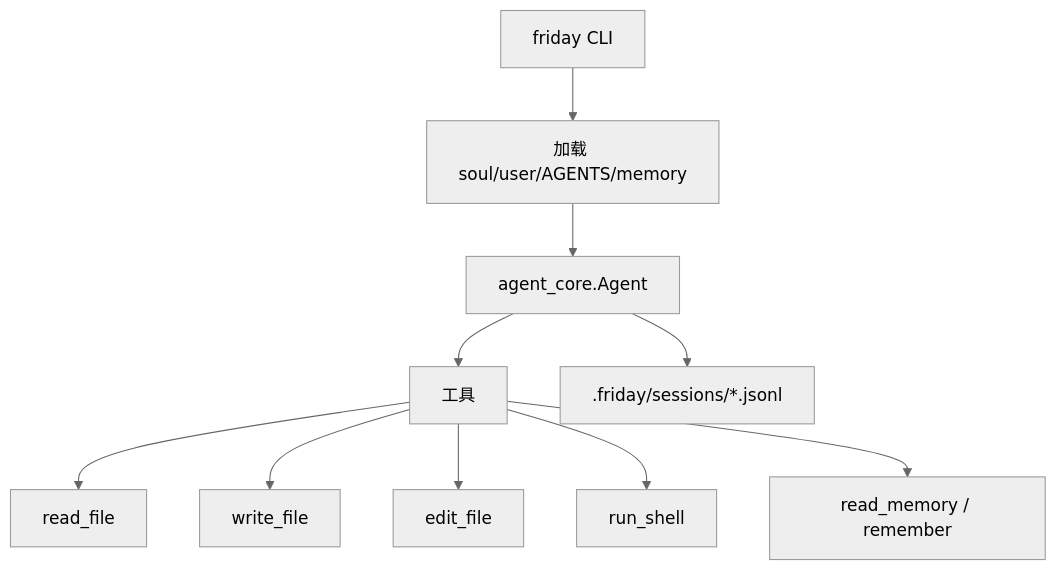
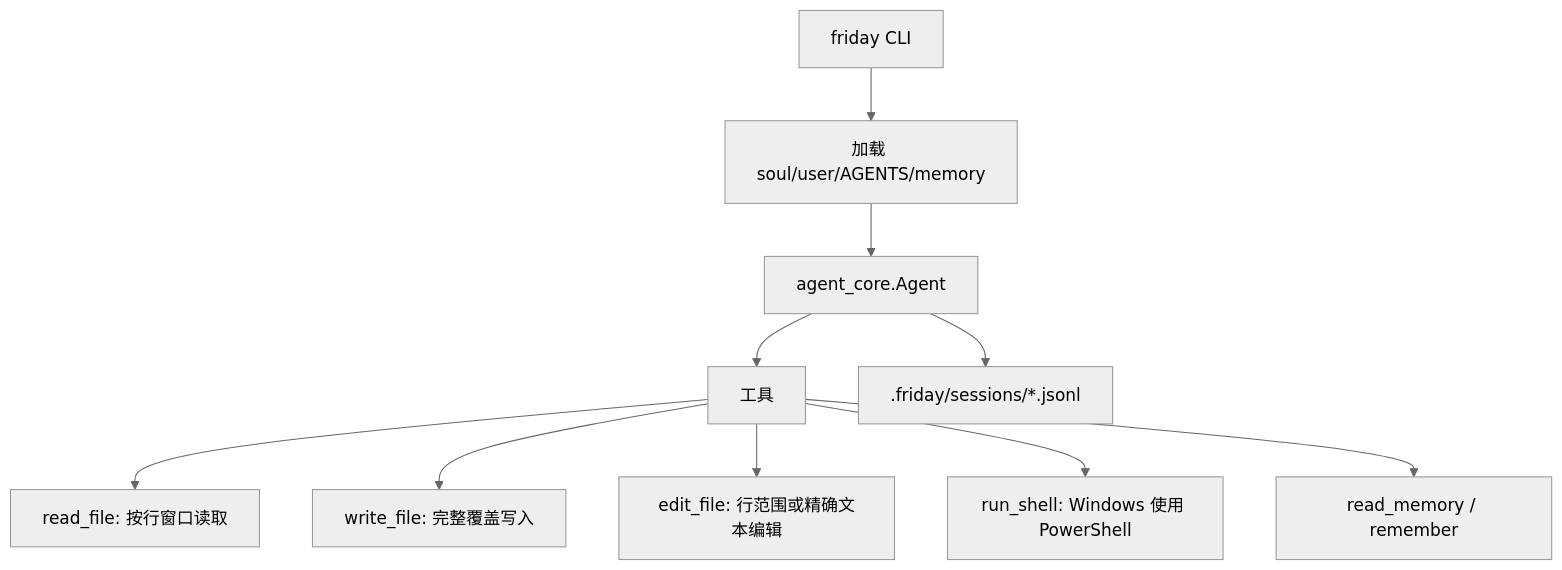
Before and after one commit to Lancetwang/friday: the diagram in README.zh-CN.md, drawn with Mermaid (neutral theme). The commit also changed other lines of this file and 5 other files, not shown here.

````diff
--- a/README.zh-CN.md
+++ b/README.zh-CN.md
@@ -11,12 +11,12 @@
 ```mermaid
 flowchart TD
     CLI["friday CLI"] --> Loader["加载 soul/user/AGENTS/memory"]
     Loader --> Agent["agent_core.Agent"]
     Agent --> Tools["工具"]
-    Tools --> Read["read_file"]
-    Tools --> Write["write_file"]
-    Tools --> Edit["edit_file"]
-    Tools --> Shell["run_shell"]
+    Tools --> Read["read_file: 按行窗口读取"]
+    Tools --> Write["write_file: 完整覆盖写入"]
+    Tools --> Edit["edit_file: 行范围或精确文本编辑"]
+    Tools --> Shell["run_shell: Windows 使用 PowerShell"]
     Tools --> Memory["read_memory / remember"]
     Agent --> Session[".friday/sessions/*.jsonl"]
 ```
````
